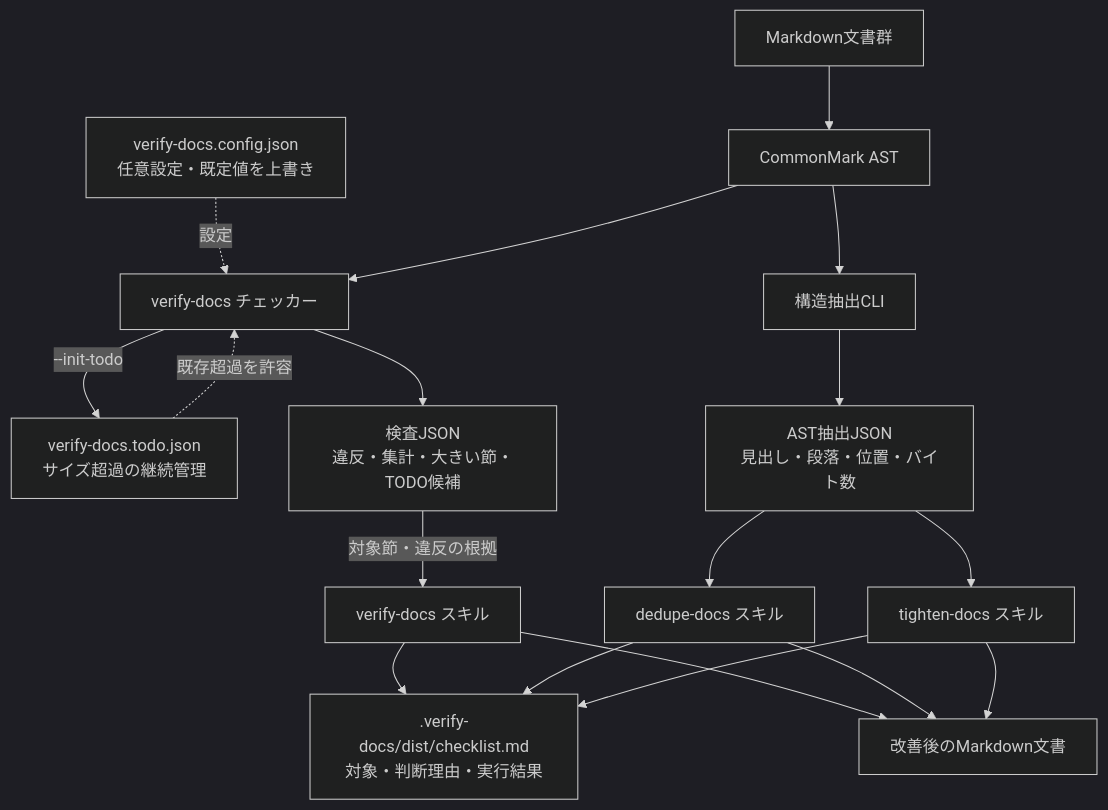
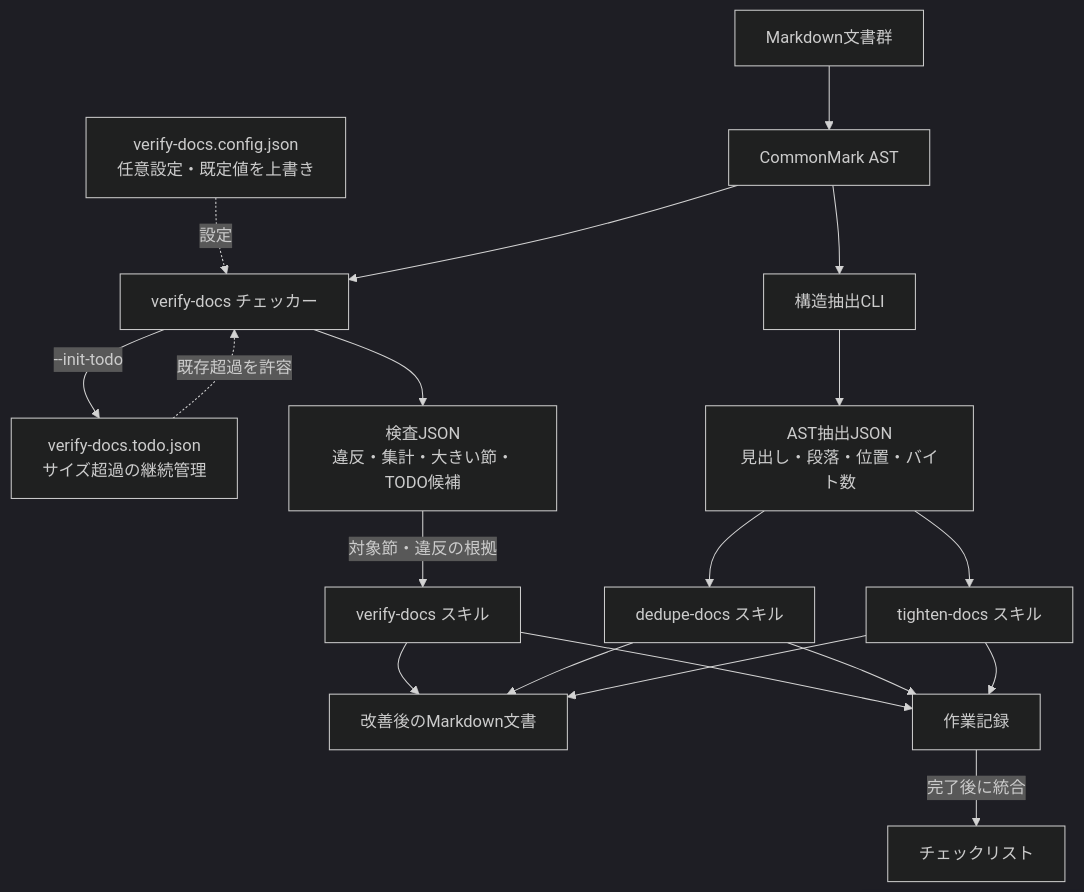
One commit to MichinaoShimizu/claude-kit changed the diagram in verify-docs/README.md. Above: the diagram before and after it, drawn with Mermaid (dark theme). The commit also changed other lines of this file and 24 other files, not shown here.

````diff
--- a/verify-docs/README.md
+++ b/verify-docs/README.md
@@ -85,35 +87,37 @@
 ```mermaid
 flowchart TD
     Docs[Markdown文書群]
     Config[verify-docs.config.json<br/>任意設定・既定値を上書き]
     Todo[verify-docs.todo.json<br/>サイズ超過の継続管理]
     AST[CommonMark AST]
     Checker[verify-docs チェッカー]
     CheckJSON[検査JSON<br/>違反・集計・大きい節・TODO候補]
     Extractor[構造抽出CLI]
     ASTJSON[AST抽出JSON<br/>見出し・段落・位置・バイト数]
     VerifySkill[verify-docs スキル]
     Dedupe[dedupe-docs スキル]
     Tighten[tighten-docs スキル]
     UpdatedDocs[改善後のMarkdown文書]
-    Checklist[.verify-docs/dist/checklist.md<br/>対象・判断理由・実行結果]
+    WorkRecords[作業記録]
+    Checklist[チェックリスト]
 
     Docs --> AST
     Config -.設定.-> Checker
     Todo -.既存超過を許容.-> Checker
     AST --> Checker
     Checker --> CheckJSON
     Checker -->|--init-todo| Todo
     CheckJSON -->|対象節・違反の根拠| VerifySkill
-    VerifySkill --> Checklist
+    VerifySkill --> WorkRecords
     VerifySkill --> UpdatedDocs
 
     AST --> Extractor
     Extractor --> ASTJSON
     ASTJSON --> Dedupe
     ASTJSON --> Tighten
-    Dedupe --> Checklist
-    Tighten --> Checklist
+    Dedupe --> WorkRecords
+    Tighten --> WorkRecords
+    WorkRecords -->|完了後に統合| Checklist
     Dedupe --> UpdatedDocs
     Tighten --> UpdatedDocs
 ```
````
